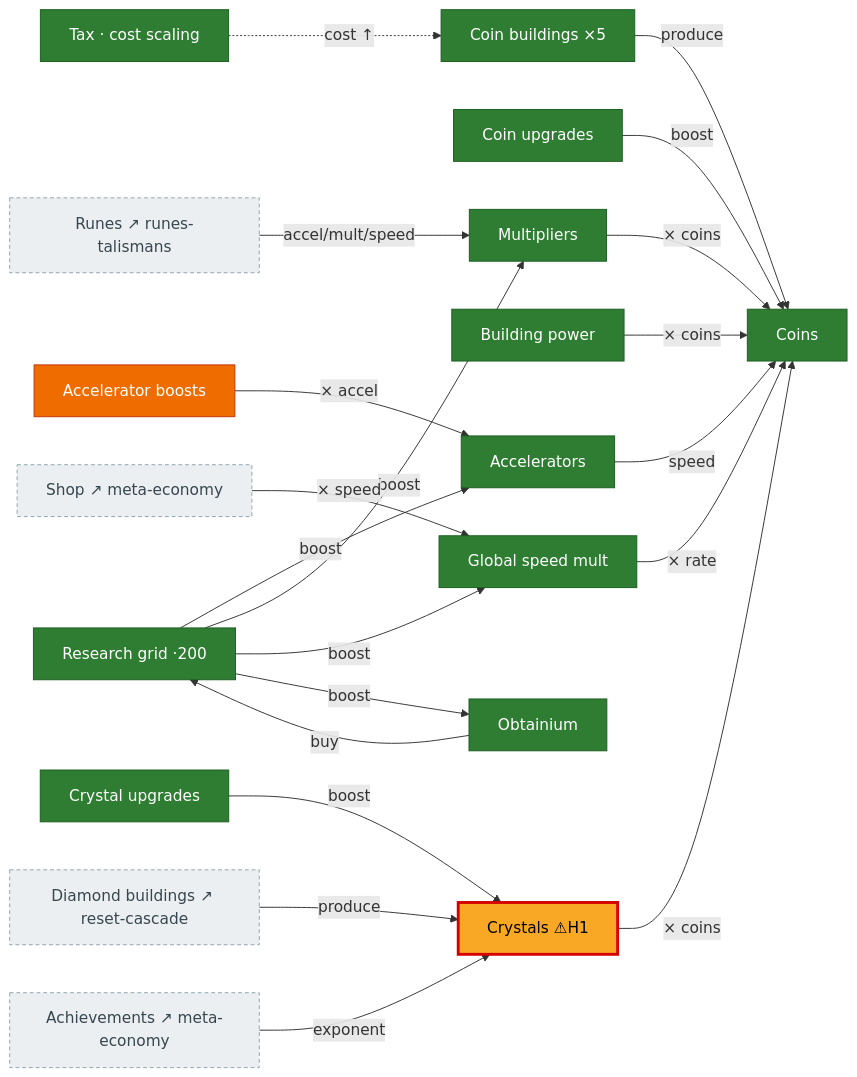
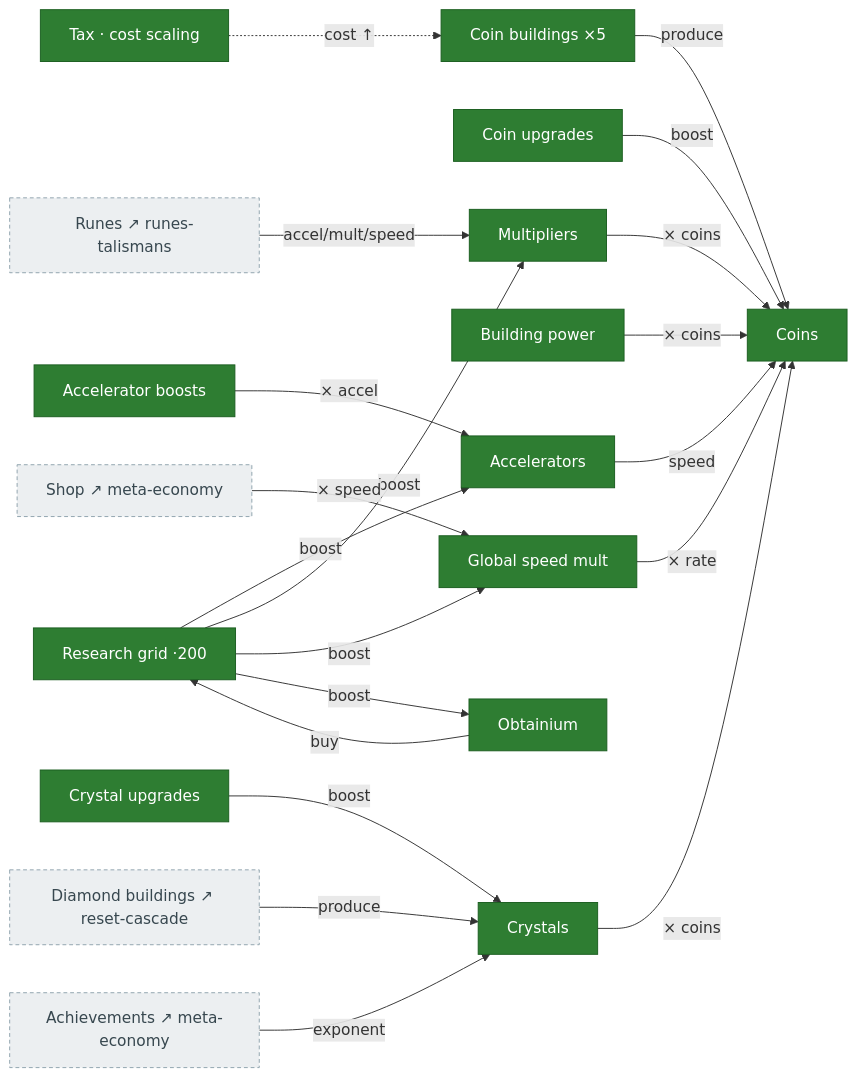
The diagram in docs/systems/core-economy.md (MaddisonM79/synergism_forkd), drawn with Mermaid before and after one commit. The commit also changed other lines of this file and 3 other files, not shown here.

First line of the commit message:
docs(systems): re-status H1/H2/accel-boosts/hepteract — docs were stale

````diff
--- a/docs/systems/core-economy.md
+++ b/docs/systems/core-economy.md
@@ -10,48 +10,48 @@
 ```mermaid
 flowchart LR
   classDef ported fill:#2e7d32,color:#fff,stroke:#1b5e20;
   classDef stub fill:#ef6c00,color:#fff,stroke:#bf360c;
   classDef bug fill:#f9a825,color:#000,stroke:#d50000,stroke-width:3px;
   classDef ext fill:#eceff1,color:#37474f,stroke:#90a4ae,stroke-dasharray:4 3;
 
   coinBldg["Coin buildings ×5"]:::ported
   coins["Coins"]:::ported
   coinUpg["Coin upgrades"]:::ported
-  crystals["Crystals ⚠H1"]:::bug
+  crystals["Crystals"]:::ported
   crystalUpg["Crystal upgrades"]:::ported
   bldgPower["Building power"]:::ported
   tax["Tax · cost scaling"]:::ported
   mult["Multipliers"]:::ported
   accel["Accelerators"]:::ported
-  accelBoost["Accelerator boosts"]:::stub
+  accelBoost["Accelerator boosts"]:::ported
   globalSpeed["Global speed mult"]:::ported
   research["Research grid ·200"]:::ported
   obtainium["Obtainium"]:::ported
 
   diamondBldg["Diamond buildings ↗ reset-cascade"]:::ext
   runes["Runes ↗ runes-talismans"]:::ext
   ach["Achievements ↗ meta-economy"]:::ext
   shop["Shop ↗ meta-economy"]:::ext
 
   coinBldg -->|"produce"| coins
   coinUpg -->|"boost"| coins
   bldgPower -->|"× coins"| coins
   mult -->|"× coins"| coins
   accel -->|"speed"| coins
   accelBoost -->|"× accel"| accel
   globalSpeed -->|"× rate"| coins
   crystals -->|"× coins"| coins
   crystalUpg -->|"boost"| crystals
   diamondBldg -->|"produce"| crystals
   tax -.->|"cost ↑"| coinBldg
 
   obtainium -->|"buy"| research
   research -->|"boost"| accel
   research -->|"boost"| mult
   research -->|"boost"| globalSpeed
   research -->|"boost"| obtainium
 
   runes -->|"accel/mult/speed"| mult
   ach -->|"exponent"| crystals
   shop -->|"× speed"| globalSpeed
 ```
````
